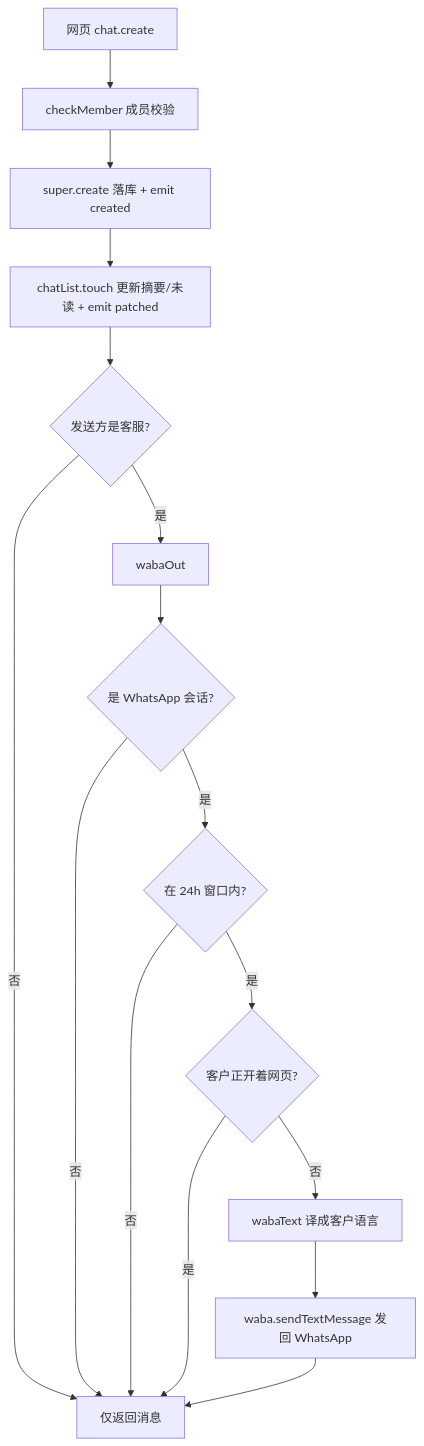
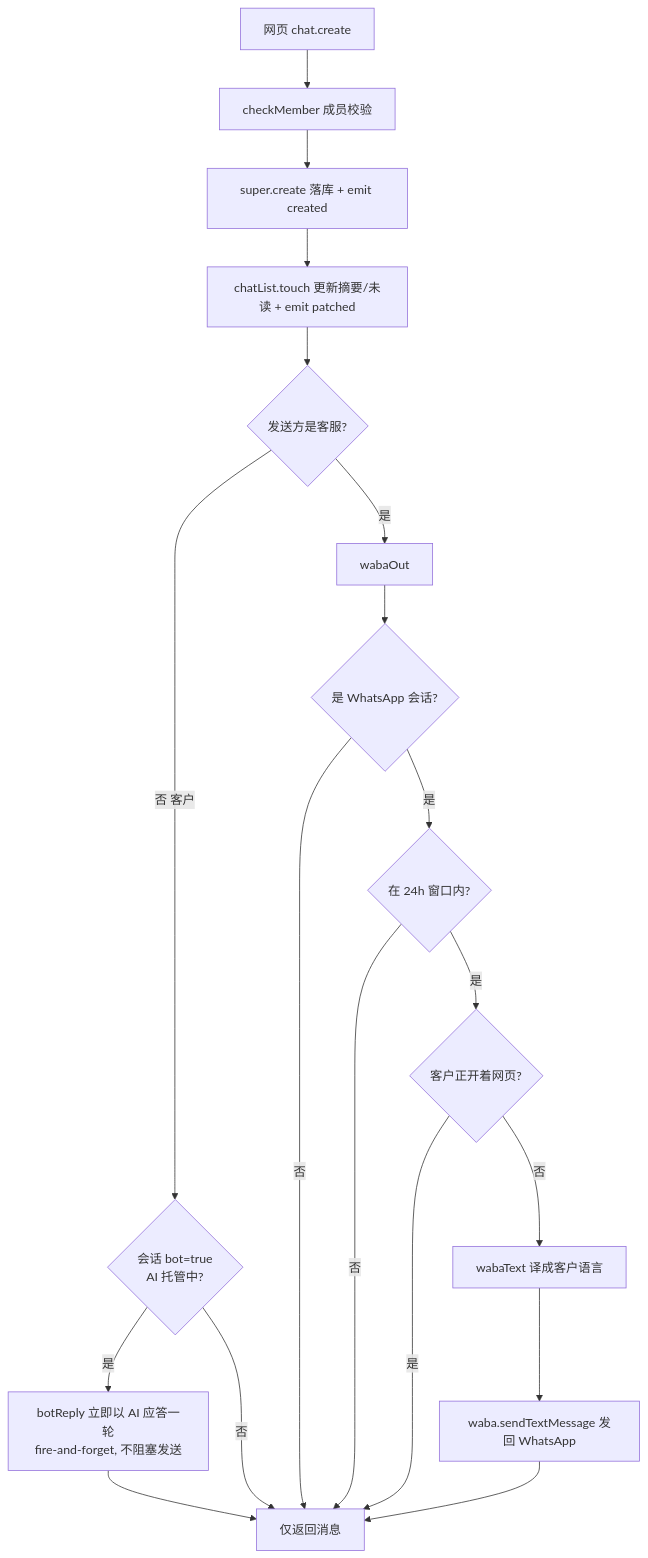
Before and after one commit to zran-nz/doc: the fourth of 8 diagrams in fio/chat.md, drawn with Mermaid. The commit also changed other lines of this file, not shown here.

````diff
--- a/fio/chat.md
+++ b/fio/chat.md
@@ -90,18 +90,21 @@
 ```mermaid
 flowchart TD
     A[网页 chat.create] --> B[checkMember 成员校验]
     B --> C[super.create 落库 + emit created]
     C --> D[chatList.touch 更新摘要/未读 + emit patched]
     D --> E{发送方是客服?}
-    E -- 否 --> F[仅返回消息]
+    E -- 否 客户 --> CB{会话 bot=true\nAI 托管中?}
+    CB -- 是 --> BR[botReply 立即以 AI 应答一轮\nfire-and-forget, 不阻塞发送]
+    BR --> F[仅返回消息]
+    CB -- 否 --> F
     E -- 是 --> G[wabaOut]
     G --> H{是 WhatsApp 会话?}
     H -- 否 --> F
     H -- 是 --> I{在 24h 窗口内?}
     I -- 否 --> F
     I -- 是 --> J{客户正开着网页?}
     J -- 是 --> F
     J -- 否 --> K[wabaText 译成客户语言]
     K --> L[waba.sendTextMessage 发回 WhatsApp]
     L --> F
 ```
````
